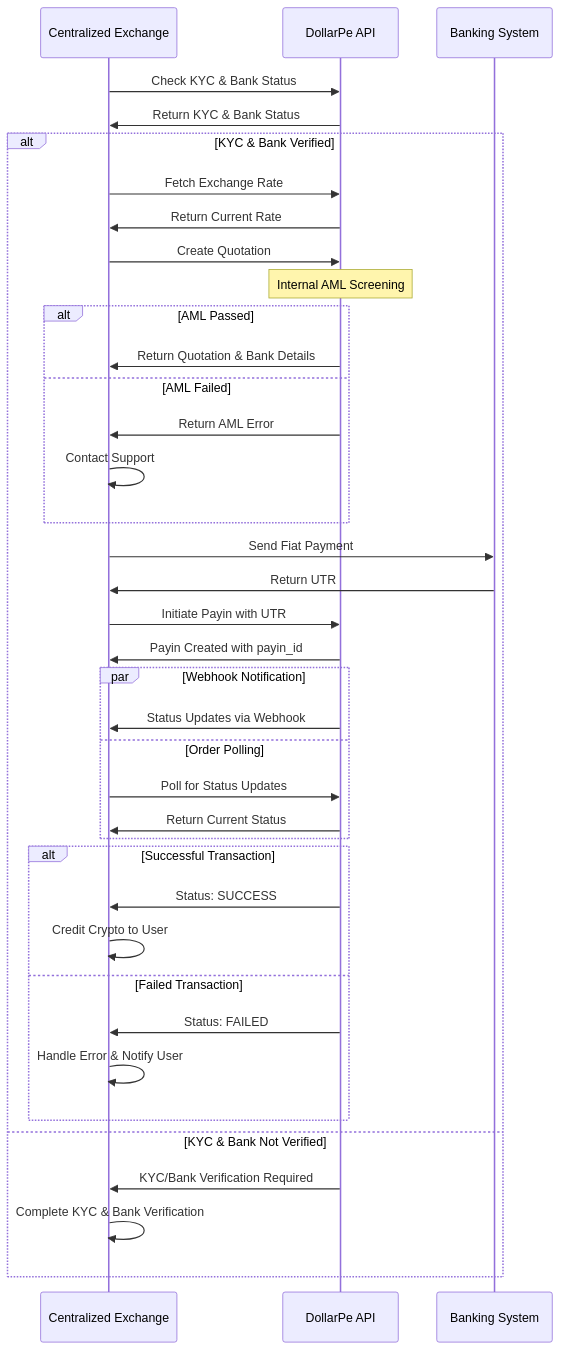
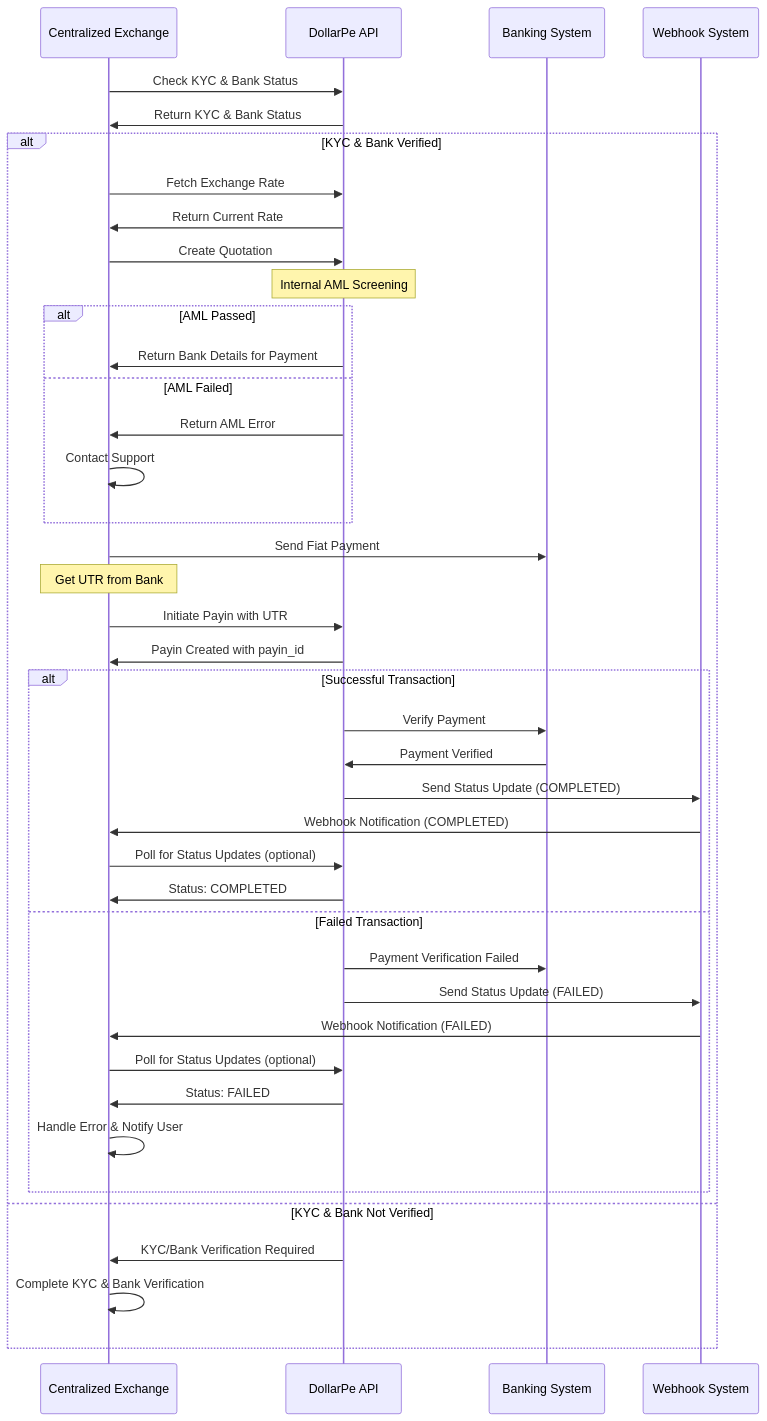
One commit to DollarPe-Infra/docs changed the second of 2 diagrams in api-reference-exchange/integration-guides/payin-integration-guide.mdx. Above: the diagram before and after it, drawn with Mermaid. The commit also changed other lines of this file and 7 other files, not shown here.

````diff
--- a/api-reference-exchange/integration-guides/payin-integration-guide.mdx
+++ b/api-reference-exchange/integration-guides/payin-integration-guide.mdx
@@ -96,47 +97,53 @@
 ```mermaid
 sequenceDiagram
     participant Exchange as Centralized Exchange
     participant API as DollarPe API
     participant Bank as Banking System
+    participant Webhook as Webhook System
 
     Exchange->>API: Check KYC & Bank Status
     API->>Exchange: Return KYC & Bank Status
 
     alt KYC & Bank Verified
         Exchange->>API: Fetch Exchange Rate
         API->>Exchange: Return Current Rate
 
         Exchange->>API: Create Quotation
         Note over API: Internal AML Screening
         alt AML Passed
-            API->>Exchange: Return Quotation & Bank Details
+            API->>Exchange: Return Bank Details for Payment
         else AML Failed
             API->>Exchange: Return AML Error
             Exchange->>Exchange: Contact Support
         end
 
         Exchange->>Bank: Send Fiat Payment
-        Bank->>Exchange: Return UTR
+        Note over Exchange: Get UTR from Bank
 
         Exchange->>API: Initiate Payin with UTR
         API->>Exchange: Payin Created with payin_id
 
-        par Webhook Notification
-            API->>Exchange: Status Updates via Webhook
-        and Order Polling
-            Exchange->>API: Poll for Status Updates
-            API->>Exchange: Return Current Status
-        end
+        alt Successful Transaction
+            API->>Bank: Verify Payment
+            Bank->>API: Payment Verified
 
-        alt Successful Transaction
-            API->>Exchange: Status: SUCCESS
-            Exchange->>Exchange: Credit Crypto to User
+            API->>Webhook: Send Status Update (COMPLETED)
+            Webhook->>Exchange: Webhook Notification (COMPLETED)
+
+            Exchange->>API: Poll for Status Updates (optional)
+            API->>Exchange: Status: COMPLETED
         else Failed Transaction
+            API->>Bank: Payment Verification Failed
+
+            API->>Webhook: Send Status Update (FAILED)
+            Webhook->>Exchange: Webhook Notification (FAILED)
+
+            Exchange->>API: Poll for Status Updates (optional)
             API->>Exchange: Status: FAILED
             Exchange->>Exchange: Handle Error & Notify User
         end
     else KYC & Bank Not Verified
         API->>Exchange: KYC/Bank Verification Required
         Exchange->>Exchange: Complete KYC & Bank Verification
     end
 ```
````
